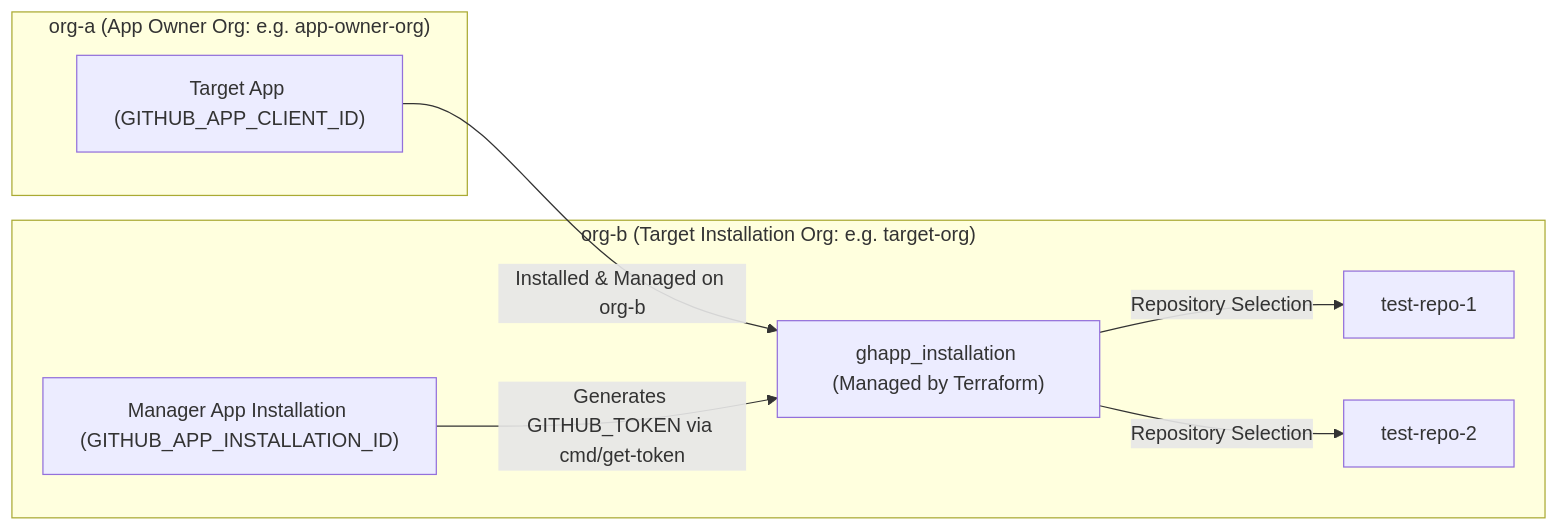
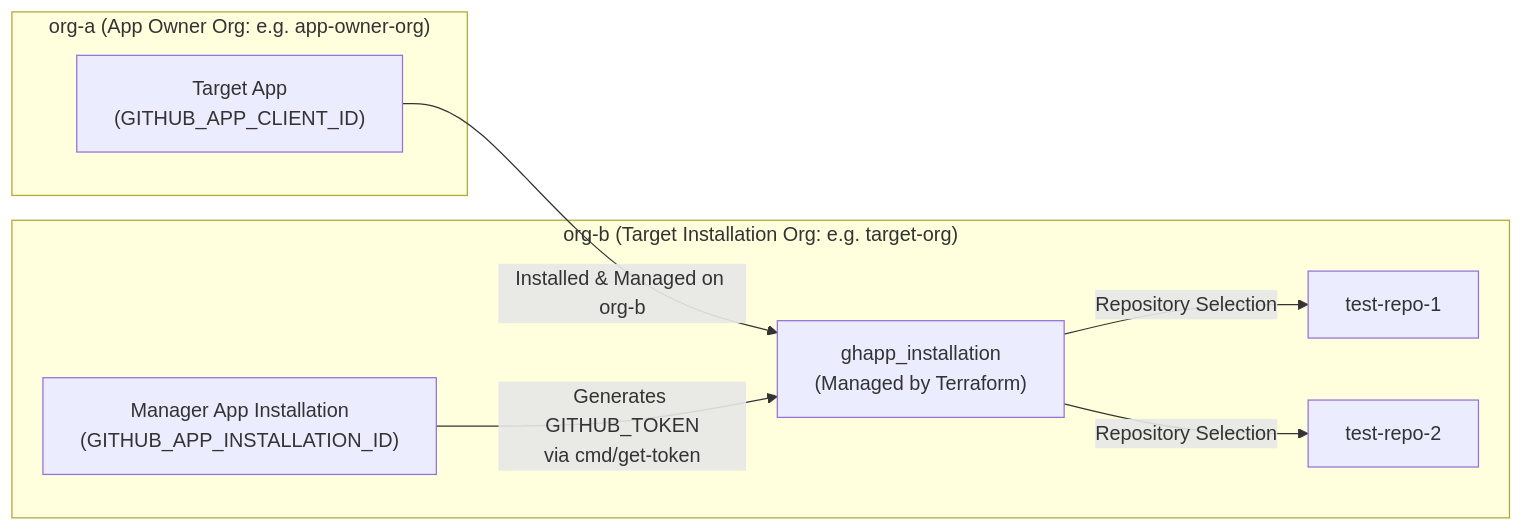
One commit to google/terraform-provider-gh-app-unofficial changed the diagram in DEVELOPMENT.md. Above: the diagram before and after it, drawn with Mermaid.

Commit message:
docs: updated graph in DEVELOPMENT.md

````diff
--- a/DEVELOPMENT.md
+++ b/DEVELOPMENT.md
@@ -30,18 +30,18 @@
 ```mermaid
 graph LR
     subgraph ORG_A ["org-a (App Owner Org: e.g. app-owner-org)"]
-        T_APP["Target App (GITHUB_APP_CLIENT_ID)"]
+        T_APP["Target App<br/>(GITHUB_APP_CLIENT_ID)"]
     end
 
     subgraph ORG_B ["org-b (Target Installation Org: e.g. target-org)"]
+        INST["ghapp_installation<br/>(Managed by Terraform)"]
         TR1["test-repo-1"]
         TR2["test-repo-2"]
-        INST["ghapp_installation (Managed by Terraform)"]
-        M_INST["Manager App Installation (GITHUB_APP_INSTALLATION_ID)"]
+        M_INST["Manager App Installation<br/>(GITHUB_APP_INSTALLATION_ID)"]
     end
 
-    T_APP -->|Installed & Managed on org-b| INST
-    INST -->|Repository Selection| TR1
-    INST -->|Repository Selection| TR2
-    M_INST -->|Generates GITHUB_TOKEN via cmd/get-token| INST
+    T_APP -->|"Installed & Managed on org-b"| INST
+    INST -->|"Repository Selection"| TR1
+    INST -->|"Repository Selection"| TR2
+    M_INST -->|"Generates GITHUB_TOKEN<br/>via cmd/get-token"| INST
 ```
````
